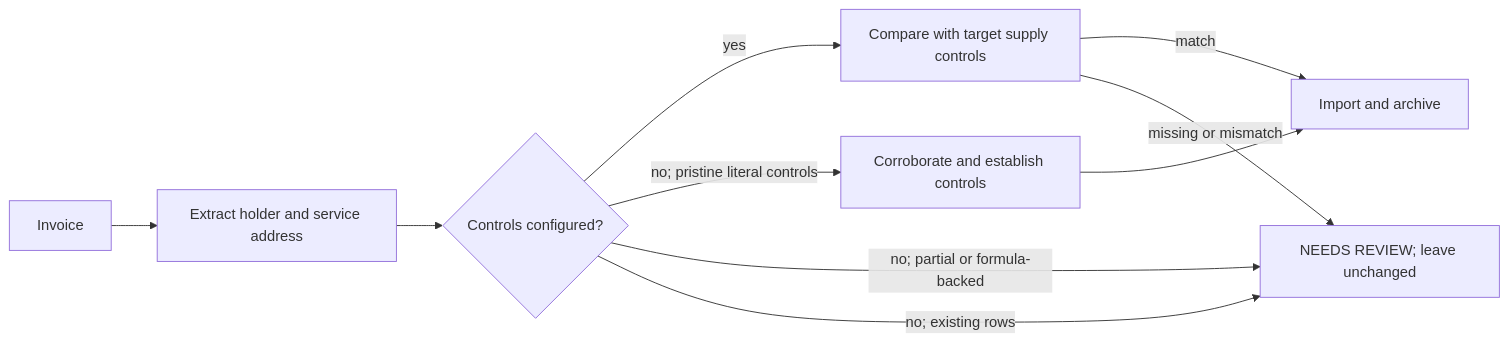
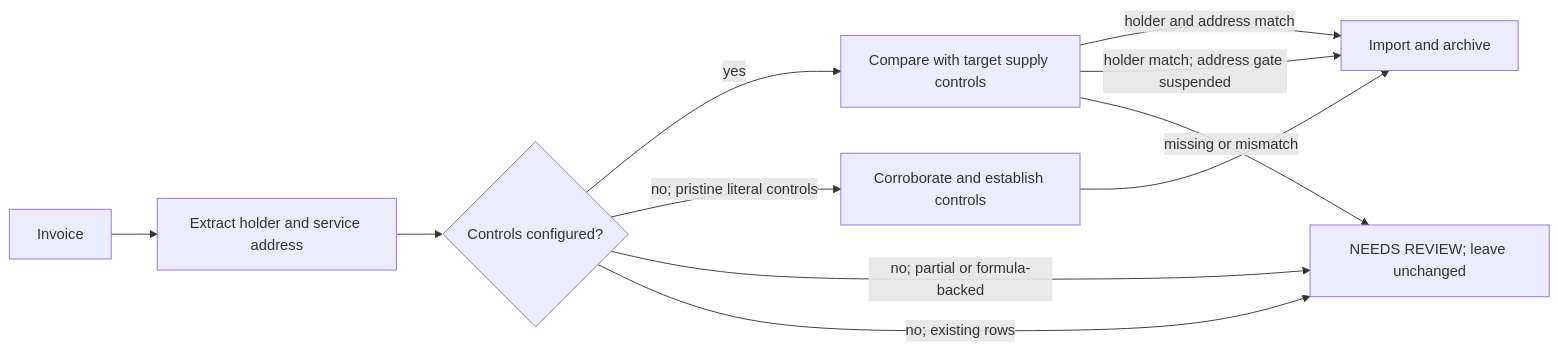
Before and after one commit to marcomc/Google-Drive-Utilities-Cataloger: the third of 3 diagrams in docs/OPERATIONS.md, drawn with Mermaid. The commit also changed other lines of this file and 7 other files, not shown here.

First line of the commit message:
fix: allow temporary service address gate suspension (#25)

````diff
--- a/docs/OPERATIONS.md
+++ b/docs/OPERATIONS.md
@@ -58,12 +58,13 @@
 ```mermaid
 flowchart LR
   invoice["Invoice"] --> extract["Extract holder and service address"]
   extract --> state{"Controls configured?"}
   state -- "yes" --> compare["Compare with target supply controls"]
   state -- "no; pristine literal controls" --> bootstrap["Corroborate and establish controls"]
   state -- "no; partial or formula-backed" --> review["NEEDS REVIEW; leave unchanged"]
   state -- "no; existing rows" --> review["NEEDS REVIEW; leave unchanged"]
   bootstrap --> import["Import and archive"]
-  compare -- "match" --> import["Import and archive"]
+  compare -- "holder and address match" --> import["Import and archive"]
+  compare -- "holder match; address gate suspended" --> import["Import and archive"]
   compare -- "missing or mismatch" --> review["NEEDS REVIEW; leave unchanged"]
 ```
````
